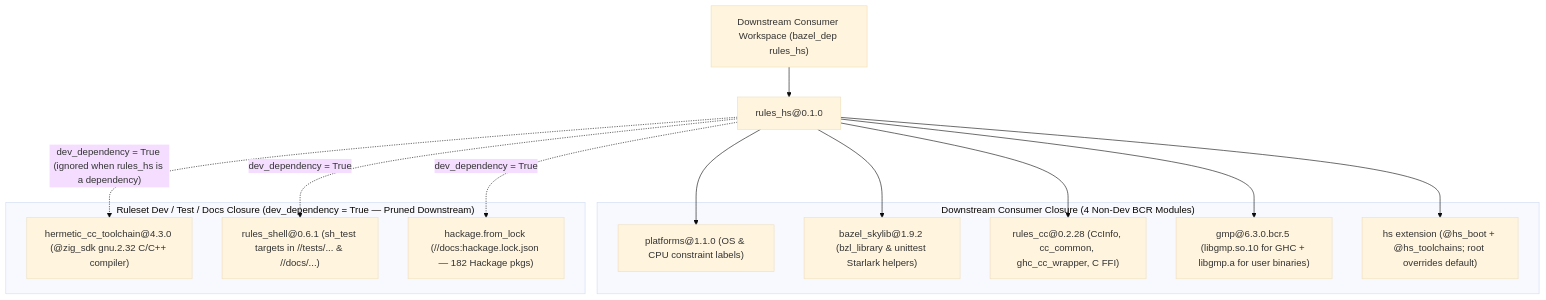
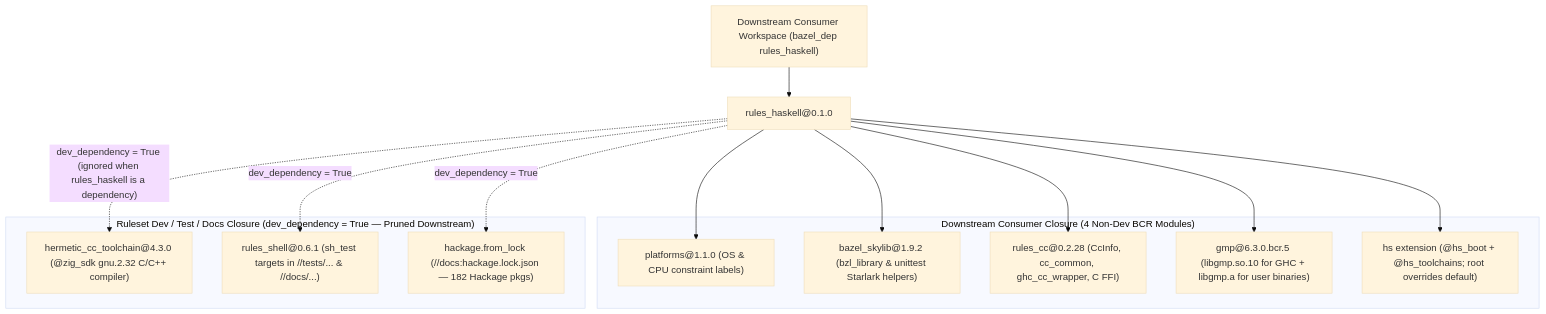
One commit to kaycebasques/hs changed the diagram in docs/content/internals/dependencies.md. Above: the diagram before and after it, drawn with Mermaid (base theme). The commit also changed other lines of this file and 110 other files, not shown here.

Commit message:
refactor: rename project from rules_hs to rules_haskell

````diff
--- a/docs/content/internals/dependencies.md
+++ b/docs/content/internals/dependencies.md
@@ -109,28 +109,28 @@
 ```mermaid
 flowchart TB
-    CONSUMER["Downstream Consumer Workspace (bazel_dep rules_hs)"] --> RHS["rules_hs@0.1.0"]
+    CONSUMER["Downstream Consumer Workspace (bazel_dep rules_haskell)"] --> RHS["rules_haskell@0.1.0"]
 
     subgraph NonDev["Downstream Consumer Closure (4 Non-Dev BCR Modules)"]
         PLAT["platforms@1.1.0 (OS & CPU constraint labels)"]
         SKY["bazel_skylib@1.9.2 (bzl_library & unittest Starlark helpers)"]
         RCC["rules_cc@0.2.28 (CcInfo, cc_common, ghc_cc_wrapper, C FFI)"]
         GMP["gmp@6.3.0.bcr.5 (libgmp.so.10 for GHC + libgmp.a for user binaries)"]
         HSEXT["hs extension (@hs_boot + @hs_toolchains; root overrides default)"]
     end
 
     RHS --> PLAT
     RHS --> SKY
     RHS --> RCC
     RHS --> GMP
     RHS --> HSEXT
 
     subgraph DevOnly["Ruleset Dev / Test / Docs Closure (dev_dependency = True — Pruned Downstream)"]
         ZIG["hermetic_cc_toolchain@4.3.0 (@zig_sdk gnu.2.32 C/C++ compiler)"]
         SH["rules_shell@0.6.1 (sh_test targets in //tests/... & //docs/...)"]
         DOCSHACK["hackage.from_lock (//docs:hackage.lock.json — 182 Hackage pkgs)"]
     end
 
-    RHS -. "dev_dependency = True (ignored when rules_hs is a dependency)" .-> ZIG
+    RHS -. "dev_dependency = True (ignored when rules_haskell is a dependency)" .-> ZIG
     RHS -. "dev_dependency = True" .-> SH
     RHS -. "dev_dependency = True" .-> DOCSHACK
 ```
````
